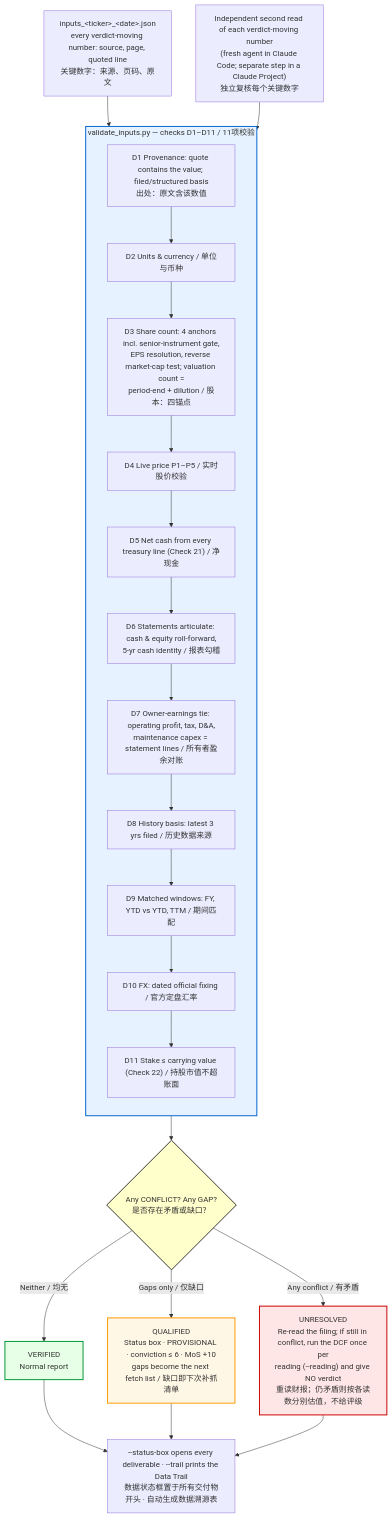
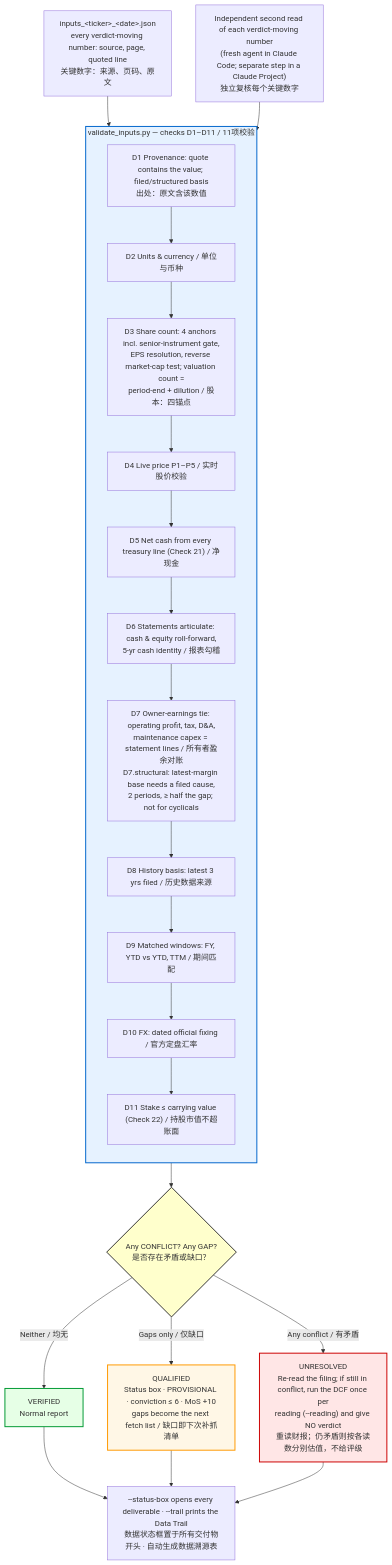
Before and after one commit to mikezhang09-code/value-investment-skills: the third of 9 diagrams in value_investing_skill_mermaid_architecture.md, drawn with Mermaid. The commit also changed other lines of this file and 2 other files, not shown here.

First line of the commit message:
docs: document the structural-margin exception and bridge fix

````diff
--- a/value_investing_skill_mermaid_architecture.md
+++ b/value_investing_skill_mermaid_architecture.md
@@ -131,37 +132,37 @@
 ```mermaid
 flowchart TD
     Inputs["inputs_&lt;ticker&gt;_&lt;date&gt;.json<br>every verdict-moving number: source, page, quoted line<br>关键数字：来源、页码、原文"] --> Script
 
     subgraph Script ["validate_inputs.py — checks D1–D11 / 11项校验"]
         direction TB
         D1["D1 Provenance: quote contains the value; filed/structured basis<br>出处：原文含该数值"]
         D2["D2 Units & currency / 单位与币种"]
         D3["D3 Share count: 4 anchors incl. senior-instrument gate,<br>EPS resolution, reverse market-cap test; valuation count =<br>period-end + dilution / 股本：四锚点"]
         D4["D4 Live price P1–P5 / 实时股价校验"]
         D5["D5 Net cash from every treasury line (Check 21) / 净现金"]
         D6["D6 Statements articulate: cash & equity roll-forward,<br>5-yr cash identity / 报表勾稽"]
-        D7["D7 Owner-earnings tie: operating profit, tax, D&A,<br>maintenance capex = statement lines / 所有者盈余对账"]
+        D7["D7 Owner-earnings tie: operating profit, tax, D&A,<br>maintenance capex = statement lines / 所有者盈余对账<br>D7.structural: latest-margin base needs a filed cause,<br>2 periods, ≥ half the gap; not for cyclicals"]
         D8["D8 History basis: latest 3 yrs filed / 历史数据来源"]
         D9["D9 Matched windows: FY, YTD vs YTD, TTM / 期间匹配"]
         D10["D10 FX: dated official fixing / 官方定盘汇率"]
         D11["D11 Stake ≤ carrying value (Check 22) / 持股市值不超账面"]
         D1 --> D2 --> D3 --> D4 --> D5 --> D6 --> D7 --> D8 --> D9 --> D10 --> D11
     end
 
     Second["Independent second read of each verdict-moving number<br>(fresh agent in Claude Code; separate step in a Claude Project)<br>独立复核每个关键数字"] --> Script
 
     Script --> Outcome{"Any CONFLICT? Any GAP?<br>是否存在矛盾或缺口？"}
     Outcome -->|Neither / 均无| Ver["VERIFIED<br>Normal report"]
     Outcome -->|Gaps only / 仅缺口| Qual["QUALIFIED<br>Status box · PROVISIONAL · conviction ≤ 6 · MoS +10<br>gaps become the next fetch list / 缺口即下次补抓清单"]
     Outcome -->|Any conflict / 有矛盾| Unres["UNRESOLVED<br>Re-read the filing; if still in conflict, run the DCF once per<br>reading (--reading) and give NO verdict<br>重读财报；仍矛盾则按各读数分别估值，不给评级"]
 
     Ver --> Out["--status-box opens every deliverable · --trail prints the Data Trail<br>数据状态框置于所有交付物开头 · 自动生成数据溯源表"]
     Qual --> Out
     Unres --> Out
 
     style Script fill:#e6f2ff,stroke:#0066cc,stroke-width:2px
     style Outcome fill:#ffffcc,stroke:#333,stroke-width:2px
     style Ver fill:#e6ffe6,stroke:#009933,stroke-width:2px
     style Qual fill:#fff7e6,stroke:#ff9900,stroke-width:2px
     style Unres fill:#ffe6e6,stroke:#cc0000,stroke-width:2px
 ```
````
